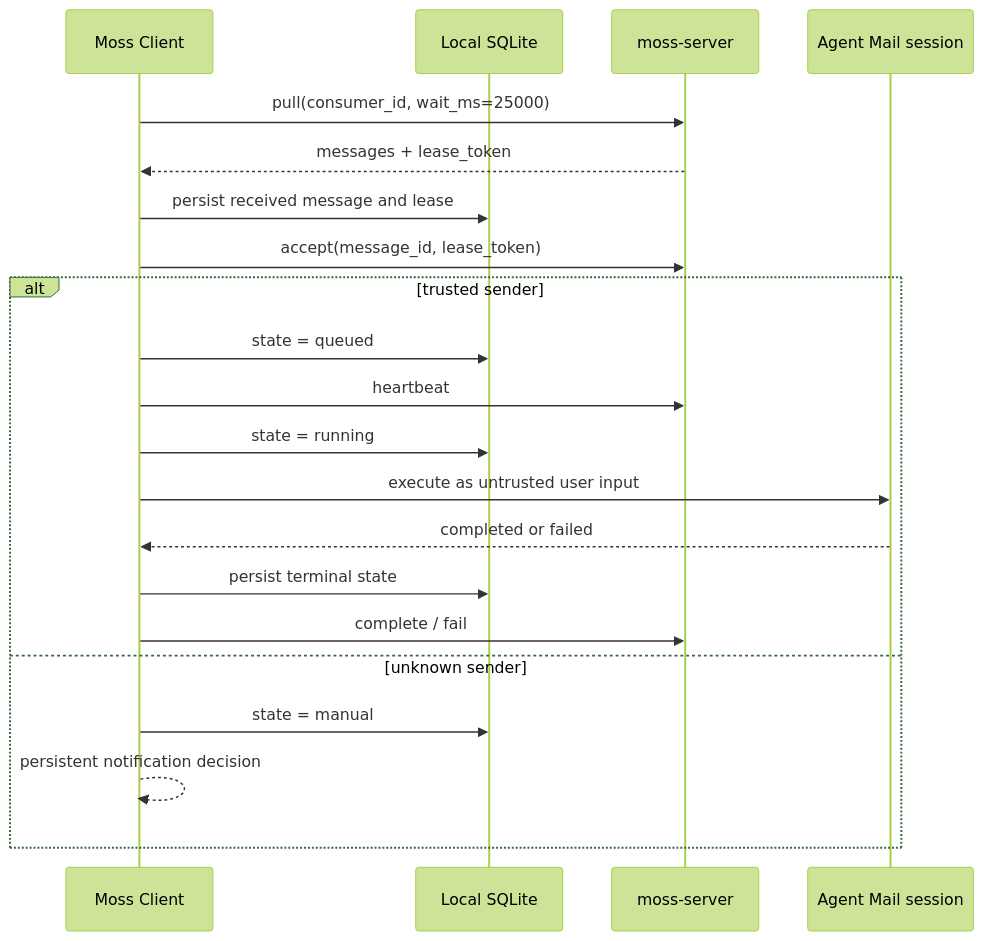
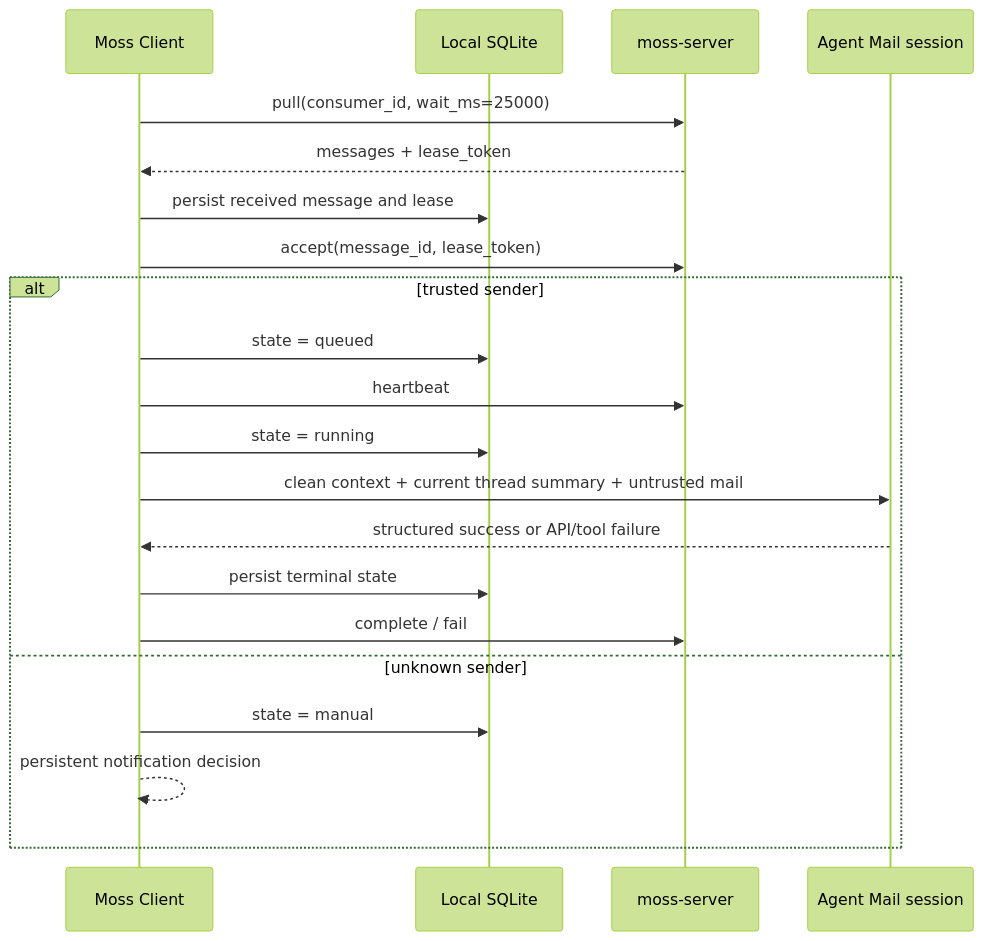
One commit to baiguidong/moss changed the third of 3 diagrams in docs/agent-mail.md. Above: the diagram before and after it, drawn with Mermaid (forest theme). The commit also changed other lines of this file and 43 other files, not shown here.

````diff
--- a/docs/agent-mail.md
+++ b/docs/agent-mail.md
@@ -62,24 +65,24 @@
 ```mermaid
 sequenceDiagram
   participant C as Moss Client
   participant L as Local SQLite
   participant S as moss-server
   participant A as Agent Mail session
 
   C->>S: pull(consumer_id, wait_ms=25000)
   S-->>C: messages + lease_token
   C->>L: persist received message and lease
   C->>S: accept(message_id, lease_token)
   alt trusted sender
     C->>L: state = queued
     C->>S: heartbeat
     C->>L: state = running
-    C->>A: execute as untrusted user input
-    A-->>C: completed or failed
+    C->>A: clean context + current thread summary + untrusted mail
+    A-->>C: structured success or API/tool failure
     C->>L: persist terminal state
     C->>S: complete / fail
   else unknown sender
     C->>L: state = manual
     C-->>C: persistent notification decision
   end
 ```
````
